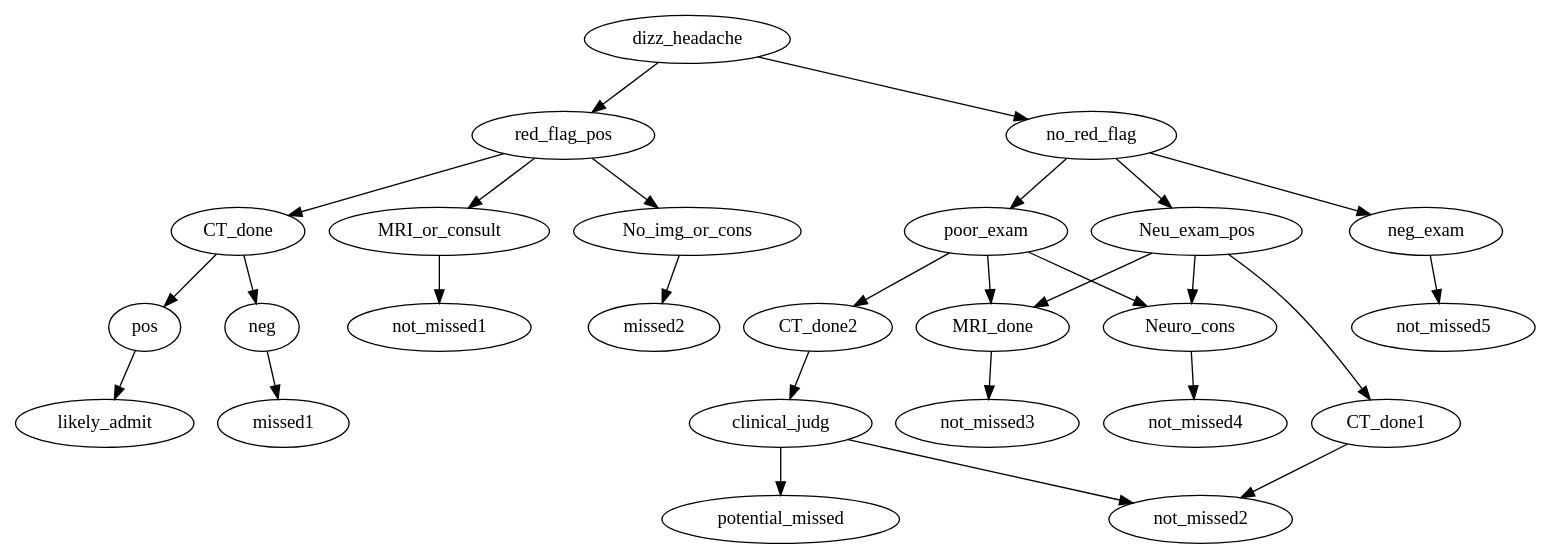
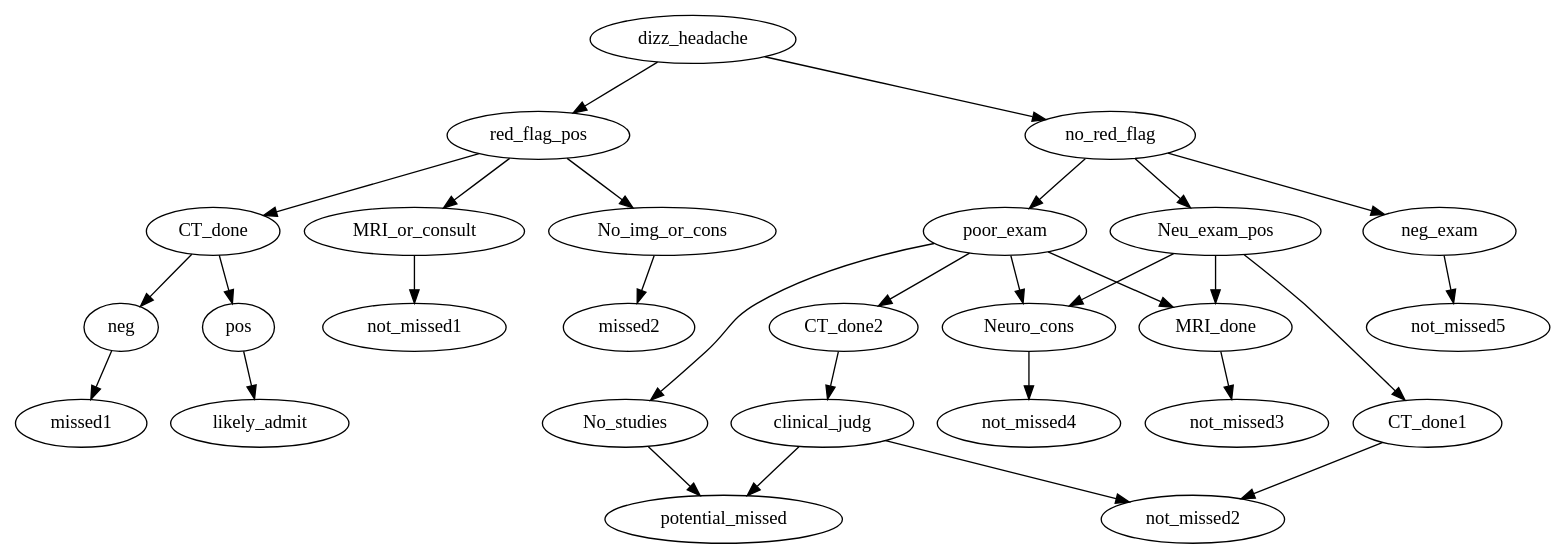
One commit to zimolzak/opportunity-graph changed the diagram in missed-opportunity.dot. Above: the diagram before and after it, drawn with Graphviz.

Commit message:
Add edge that I forgot.

```diff
--- a/missed-opportunity.dot
+++ b/missed-opportunity.dot
@@ -1,31 +1,32 @@
 digraph{
 
 dizz_headache -> red_flag_pos
 dizz_headache -> no_red_flag
 
 red_flag_pos -> CT_done
 CT_done -> neg -> missed1
 CT_done -> pos -> likely_admit
 red_flag_pos -> MRI_or_consult -> not_missed1
 red_flag_pos -> No_img_or_cons -> missed2
 
 # right branch no red flags
 
 no_red_flag -> poor_exam
 no_red_flag -> Neu_exam_pos
 no_red_flag -> neg_exam -> not_missed5
 
 poor_exam -> CT_done2
 poor_exam -> MRI_done -> not_missed3
 poor_exam -> Neuro_cons -> not_missed4
+poor_exam -> No_studies -> potential_missed
 
 CT_done2 -> clinical_judg
 clinical_judg -> not_missed2
 clinical_judg -> potential_missed
 
 Neu_exam_pos -> CT_done1 -> not_missed2
 Neu_exam_pos -> MRI_done
 Neu_exam_pos -> Neuro_cons
 
 
 }
```
